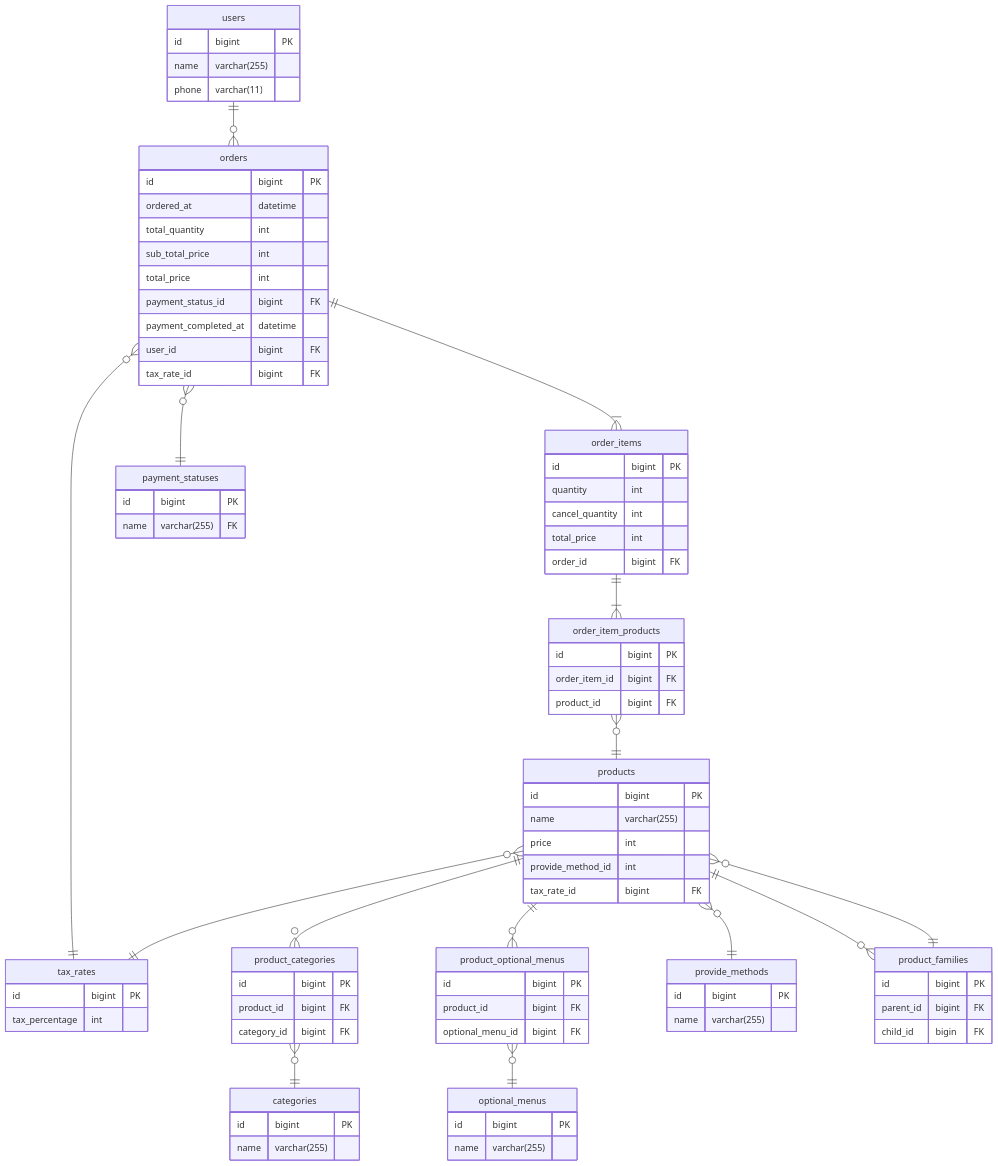
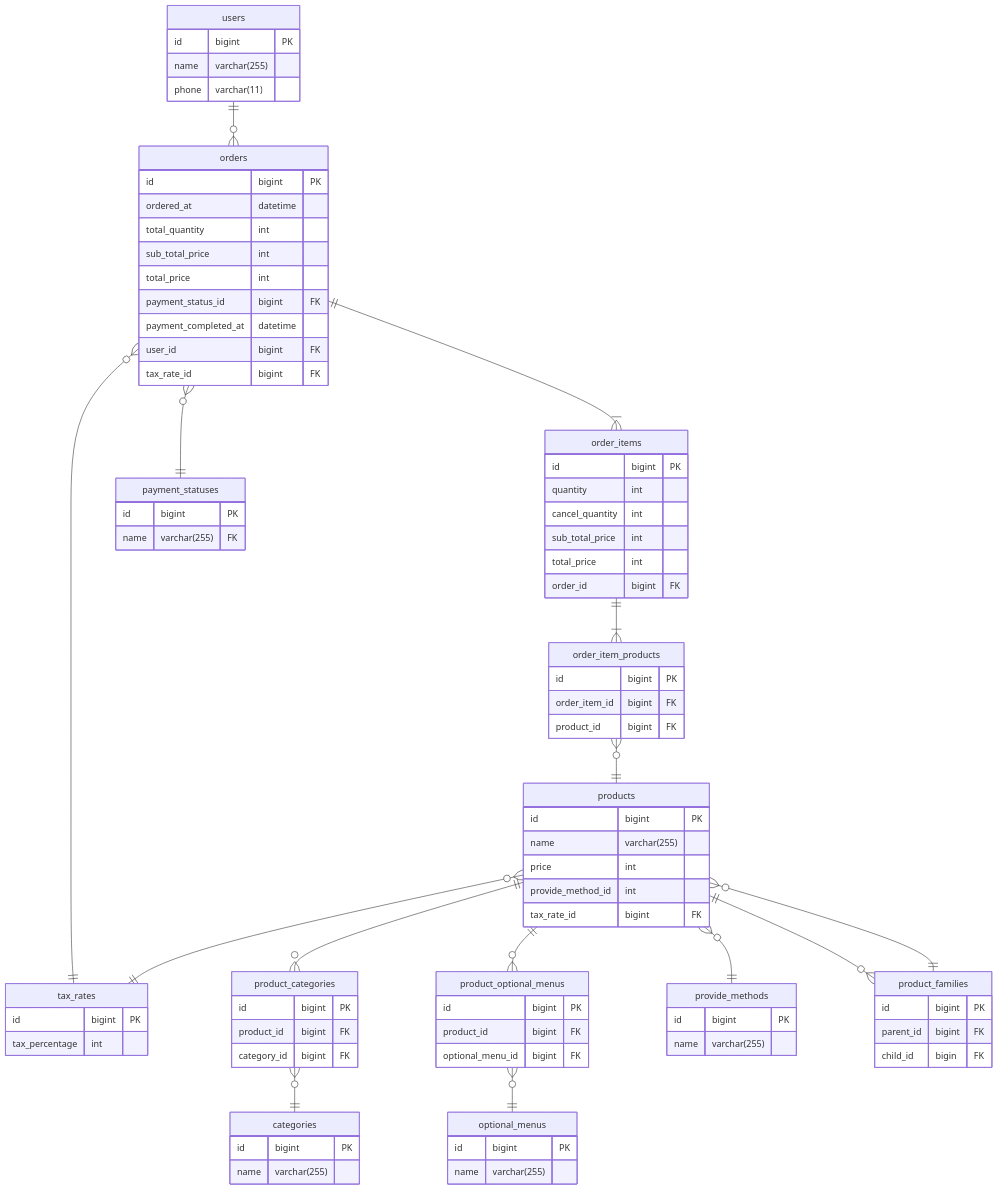
One commit to praha-inc/praha-challenge-7 changed the diagram in LUpCvstQOssJiN/database_design/db_modeling_1/part_2/order_er_diagram.mmd. Above: the diagram before and after it, drawn with Mermaid.

Commit message:
Fix: total price

```diff
--- a/LUpCvstQOssJiN/database_design/db_modeling_1/part_2/order_er_diagram.mmd
+++ b/LUpCvstQOssJiN/database_design/db_modeling_1/part_2/order_er_diagram.mmd
@@ -1,99 +1,100 @@
 erDiagram
 
 users ||--o{ orders: ""
 orders ||--|{ order_items: ""
 orders }o--|| payment_statuses: ""
 orders }o--|| tax_rates: ""
 order_items ||--|{ order_item_products: ""
 order_item_products }o--|| products: ""
 products ||--o{ product_categories: ""
 product_categories }o--|| categories: ""
 products ||--o{ product_optional_menus: ""
 products }o--|| provide_methods: ""
 products }o--|| tax_rates: ""
 products ||--o{ product_families: ""
 products }o--|| product_families: ""
 product_optional_menus }o--|| optional_menus: ""
 
 users {
   id bigint PK
   name varchar(255)
   phone varchar(11)
 }
 
 orders {
   id bigint PK
   ordered_at datetime
   total_quantity int
   sub_total_price int
   total_price int
   payment_status_id bigint FK
   payment_completed_at datetime
   user_id bigint FK
   tax_rate_id bigint FK
 }
 
 payment_statuses {
   id bigint PK
   name varchar(255) FK
 }
 
 order_items {
   id bigint PK
   quantity int
   cancel_quantity int
+  sub_total_price int
   total_price int
   order_id bigint FK
 }
 
 order_item_products {
   id bigint PK
   order_item_id bigint FK
   product_id bigint FK
 }
 
 products {
   id bigint PK
   name varchar(255)
   price int
   provide_method_id int
   tax_rate_id bigint FK
 }
 
 product_families {
   id bigint PK
   parent_id bigint FK
   child_id bigin FK
 }
 
 provide_methods {
   id bigint PK
   name varchar(255)
 }
 
 product_optional_menus {
   id bigint PK
   product_id bigint FK
   optional_menu_id bigint FK
 }
 
 optional_menus {
   id bigint PK
   name varchar(255)
 }
 
 product_categories {
   id bigint PK
   product_id bigint FK
   category_id bigint FK
 }
 
 categories {
   id bigint PK
   name varchar(255)
 }
 
 tax_rates {
   id bigint PK
   tax_percentage int
 }
```
